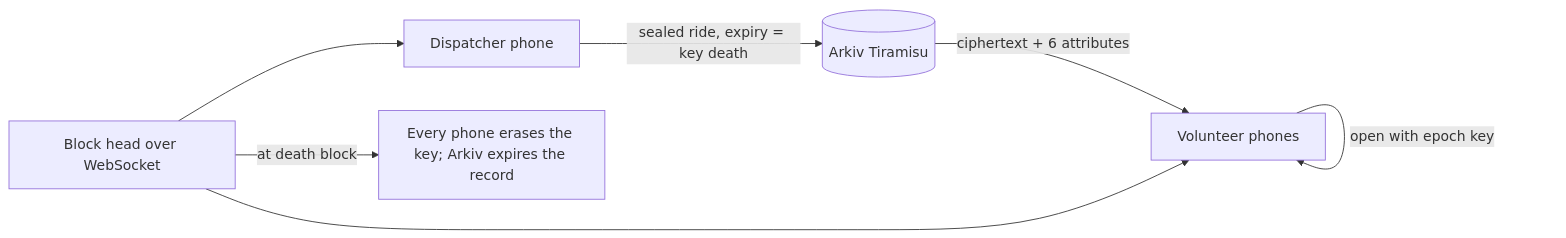
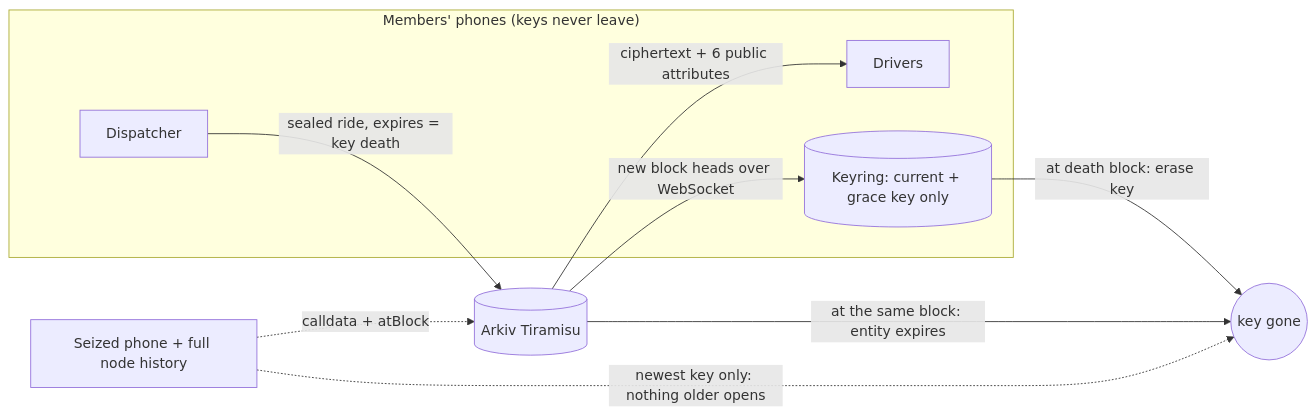
One commit to 0xkinno/rasure changed the first of 2 diagrams in README.md. Above: the diagram before and after it, drawn with Mermaid. The commit also changed other lines of this file and 16 other files, not shown here.

````diff
--- a/README.md
+++ b/README.md
@@ -79,9 +106,15 @@
 ```mermaid
 flowchart LR
-  D[Dispatcher phone] -- sealed ride, expiry = key death --> A[(Arkiv Tiramisu)]
-  A -- ciphertext + 6 attributes --> V[Volunteer phones]
-  V -- open with epoch key --> V
-  K[Block head over WebSocket] --> D
-  K --> V
-  K -- at death block --> X[Every phone erases the key; Arkiv expires the record]
+  subgraph Phones["Members' phones (keys never leave)"]
+    D[Dispatcher]
+    V[Drivers]
+    R[(Keyring: current + grace key only)]
+  end
+  D -- "sealed ride, expires = key death" --> A[(Arkiv Tiramisu)]
+  A -- "ciphertext + 6 public attributes" --> V
+  A -- "new block heads over WebSocket" --> R
+  R -- "at death block: erase key" --> X((key gone))
+  A -- "at the same block: entity expires" --> X
+  S[Seized phone + full node history] -. "calldata + atBlock" .-> A
+  S -. "newest key only: nothing older opens" .-> X
 ```
````
